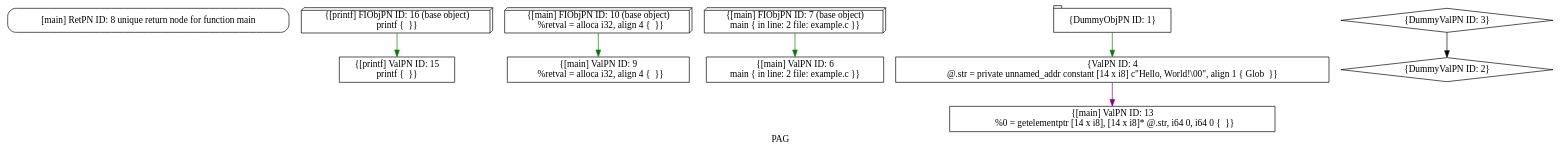
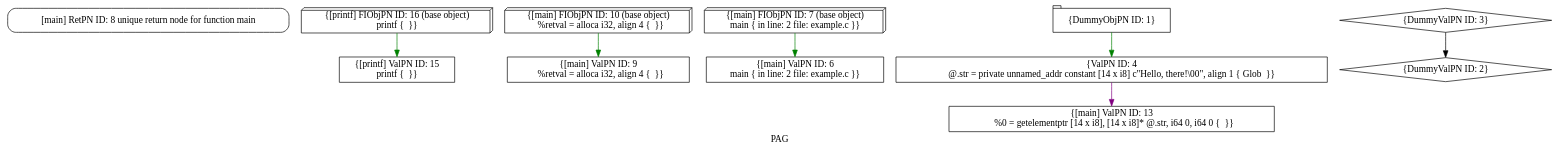
The diagram in pag.dot (joshua-sy/CapstoneProject), drawn with Graphviz before and after one commit. The commit also changed 45 other files, not shown here.

```diff
--- a/pag.dot
+++ b/pag.dot
@@ -1,22 +1,22 @@
 digraph "PAG" {
 	label="PAG";
 
-	Node0x555e39300f60 [shape=record,shape=Mrecord,label="{[main] RetPN ID: 8 unique return node for function main}"];
-	Node0x555e39300e30 [shape=record,shape=box3d,label="{[printf] FIObjPN ID: 16 (base object)\n printf \{  \}}"];
-	Node0x555e39300e30 -> Node0x555e393003a0[color=green];
-	Node0x555e39300c90 [shape=record,shape=box3d,label="{[main] FIObjPN ID: 10 (base object)\n   %retval = alloca i32, align 4 \{  \}}"];
-	Node0x555e39300c90 -> Node0x555e392ffee0[color=green];
-	Node0x555e39300af0 [shape=record,shape=box3d,label="{[main] FIObjPN ID: 7 (base object)\n main \{ in line: 2 file: example.c \}}"];
-	Node0x555e39300af0 -> Node0x555e392ffdb0[color=green];
-	Node0x555e39300950 [shape=record,shape=box,label="{[main] ValPN ID: 13\n   %0 = getelementptr [14 x i8], [14 x i8]* @.str, i64 0, i64 0 \{  \}}"];
-	Node0x555e392ff410 [shape=record,shape=tab,label="{DummyObjPN ID: 1}"];
-	Node0x555e392ff410 -> Node0x555e392ffc80[color=green];
-	Node0x555e392ff540 [shape=record,shape=diamond,label="{DummyValPN ID: 2}"];
-	Node0x555e393003a0 [shape=record,shape=box,label="{[printf] ValPN ID: 15\n printf \{  \}}"];
-	Node0x555e392ff670 [shape=record,shape=diamond,label="{DummyValPN ID: 3}"];
-	Node0x555e392ff670 -> Node0x555e392ff540[color=black];
-	Node0x555e392ffc80 [shape=record,shape=box,label="{ValPN ID: 4\n @.str = private unnamed_addr constant [14 x i8] c\"Hello, World!\\00\", align 1 \{ Glob  \}}"];
-	Node0x555e392ffc80 -> Node0x555e39300950[color=purple];
-	Node0x555e392ffdb0 [shape=record,shape=box,label="{[main] ValPN ID: 6\n main \{ in line: 2 file: example.c \}}"];
-	Node0x555e392ffee0 [shape=record,shape=box,label="{[main] ValPN ID: 9\n   %retval = alloca i32, align 4 \{  \}}"];
+	Node0x563472e0a9e0 [shape=record,shape=Mrecord,label="{[main] RetPN ID: 8 unique return node for function main}"];
+	Node0x563472e0a8b0 [shape=record,shape=box3d,label="{[printf] FIObjPN ID: 16 (base object)\n printf \{  \}}"];
+	Node0x563472e0a8b0 -> Node0x563472e09e20[color=green];
+	Node0x563472e0a710 [shape=record,shape=box3d,label="{[main] FIObjPN ID: 10 (base object)\n   %retval = alloca i32, align 4 \{  \}}"];
+	Node0x563472e0a710 -> Node0x563472e09960[color=green];
+	Node0x563472e0a570 [shape=record,shape=box3d,label="{[main] FIObjPN ID: 7 (base object)\n main \{ in line: 2 file: example.c \}}"];
+	Node0x563472e0a570 -> Node0x563472e09830[color=green];
+	Node0x563472e0a3d0 [shape=record,shape=box,label="{[main] ValPN ID: 13\n   %0 = getelementptr [14 x i8], [14 x i8]* @.str, i64 0, i64 0 \{  \}}"];
+	Node0x563472e08e40 [shape=record,shape=tab,label="{DummyObjPN ID: 1}"];
+	Node0x563472e08e40 -> Node0x563472e09700[color=green];
+	Node0x563472e08f70 [shape=record,shape=diamond,label="{DummyValPN ID: 2}"];
+	Node0x563472e09e20 [shape=record,shape=box,label="{[printf] ValPN ID: 15\n printf \{  \}}"];
+	Node0x563472e090a0 [shape=record,shape=diamond,label="{DummyValPN ID: 3}"];
+	Node0x563472e090a0 -> Node0x563472e08f70[color=black];
+	Node0x563472e09700 [shape=record,shape=box,label="{ValPN ID: 4\n @.str = private unnamed_addr constant [14 x i8] c\"Hello, there!\\00\", align 1 \{ Glob  \}}"];
+	Node0x563472e09700 -> Node0x563472e0a3d0[color=purple];
+	Node0x563472e09830 [shape=record,shape=box,label="{[main] ValPN ID: 6\n main \{ in line: 2 file: example.c \}}"];
+	Node0x563472e09960 [shape=record,shape=box,label="{[main] ValPN ID: 9\n   %retval = alloca i32, align 4 \{  \}}"];
 }
```
